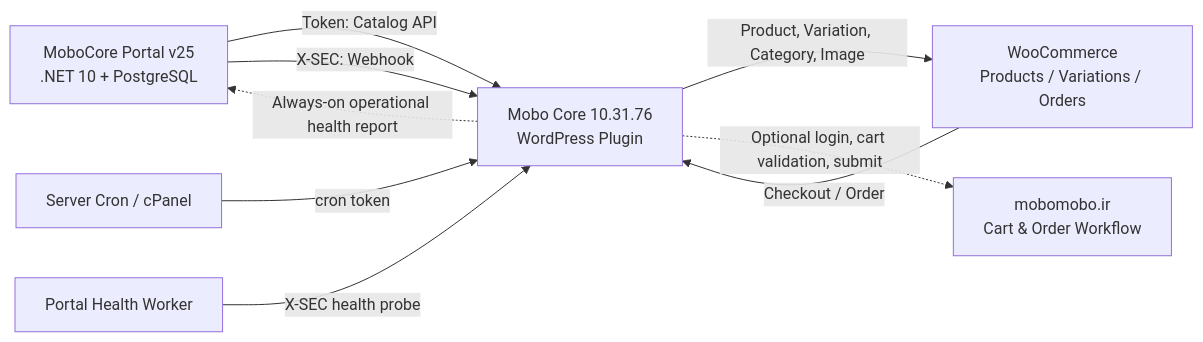
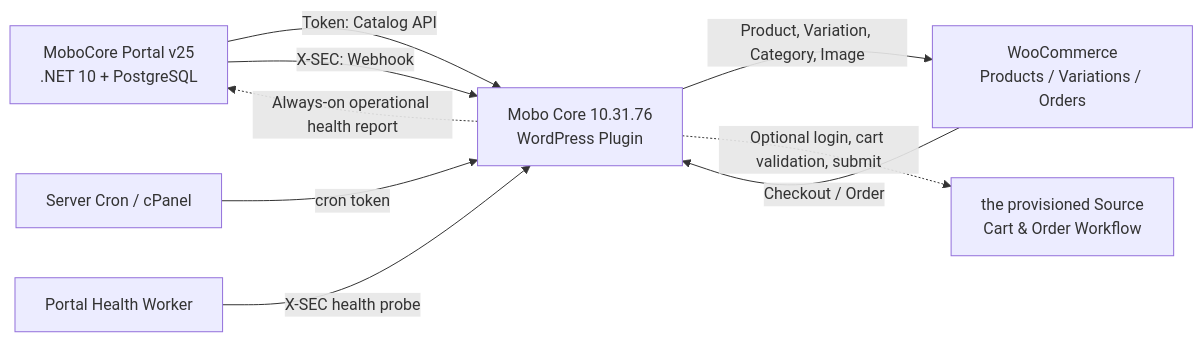
The first of 11 diagrams in wp-content/plugins/mobo-core/DIAGRAMS.MD (PedramDev/mobo-core), drawn with Mermaid before and after one commit. The commit also changed other lines of this file and 253 other files, not shown here.

````diff
--- a/wp-content/plugins/mobo-core/DIAGRAMS.MD
+++ b/wp-content/plugins/mobo-core/DIAGRAMS.MD
@@ -21,18 +21,18 @@
 ```mermaid
 flowchart LR
     P["MoboCore Portal v25<br/>.NET 10 + PostgreSQL"]
     W["Mobo Core 10.31.76<br/>WordPress Plugin"]
     WC["WooCommerce<br/>Products / Variations / Orders"]
-    M["mobomobo.ir<br/>Cart & Order Workflow"]
+    M["the provisioned Source<br/>Cart & Order Workflow"]
     C["Server Cron / cPanel"]
     H["Portal Health Worker"]
 
     P -- "Token: Catalog API" --> W
     P -- "X-SEC: Webhook" --> W
     W -- "Product, Variation, Category, Image" --> WC
     WC -- "Checkout / Order" --> W
     W -. "Optional login, cart validation, submit" .-> M
     C -- "cron token" --> W
     H -- "X-SEC health probe" --> W
     W -. "Always-on operational health report" .-> P
 ```
````
